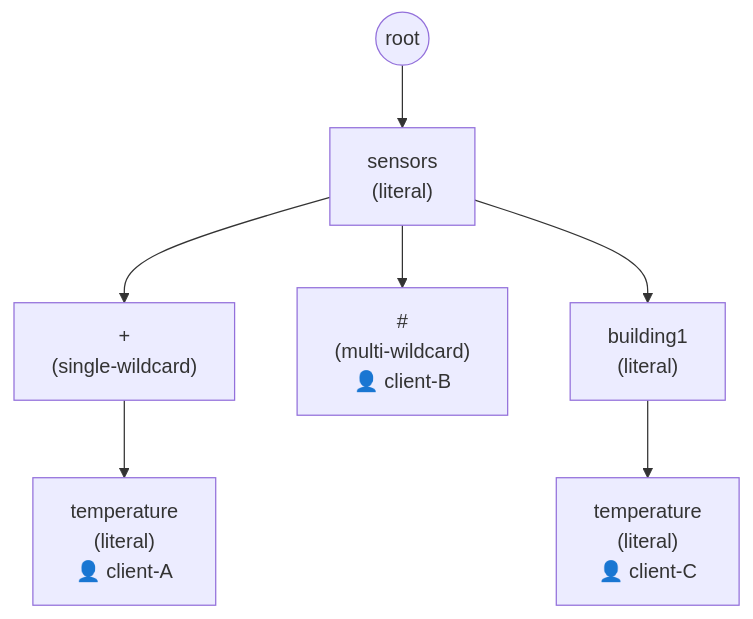
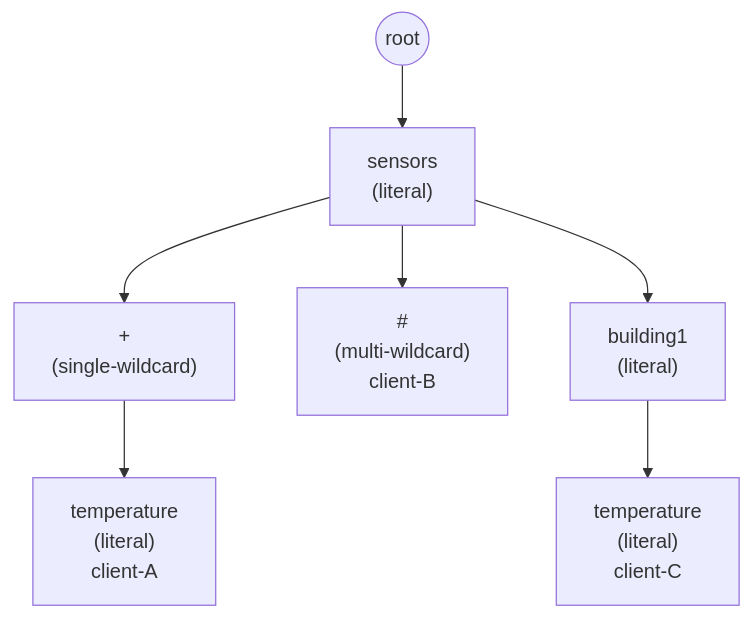
Before and after one commit to LabOverWire/MQDB: the second of 3 diagrams in book/chapters/ch08-cross-node-pubsub.md, drawn with Mermaid. The commit also changed other lines of this file and 16 other files, not shown here.

First line of the commit message:
vault crash recovery, identity race condition, and schema init (#14)

````diff
--- a/book/chapters/ch08-cross-node-pubsub.md
+++ b/book/chapters/ch08-cross-node-pubsub.md
@@ -129,9 +129,9 @@
 ```mermaid
 flowchart TD
-    ROOT((root)) --> SENS["sensors\n(literal)"]
-    SENS --> PLUS["+\n(single-wildcard)"]
-    SENS --> HASH["#\n(multi-wildcard)\n👤 client-B"]
-    SENS --> B1["building1\n(literal)"]
-    PLUS --> TEMP1["temperature\n(literal)\n👤 client-A"]
-    B1 --> TEMP2["temperature\n(literal)\n👤 client-C"]
+    ROOT((root)) --> SENS["sensors<br/>(literal)"]
+    SENS --> PLUS["+<br/>(single-wildcard)"]
+    SENS --> HASH["#<br/>(multi-wildcard)<br/>client-B"]
+    SENS --> B1["building1<br/>(literal)"]
+    PLUS --> TEMP1["temperature<br/>(literal)<br/>client-A"]
+    B1 --> TEMP2["temperature<br/>(literal)<br/>client-C"]
 ```
````
